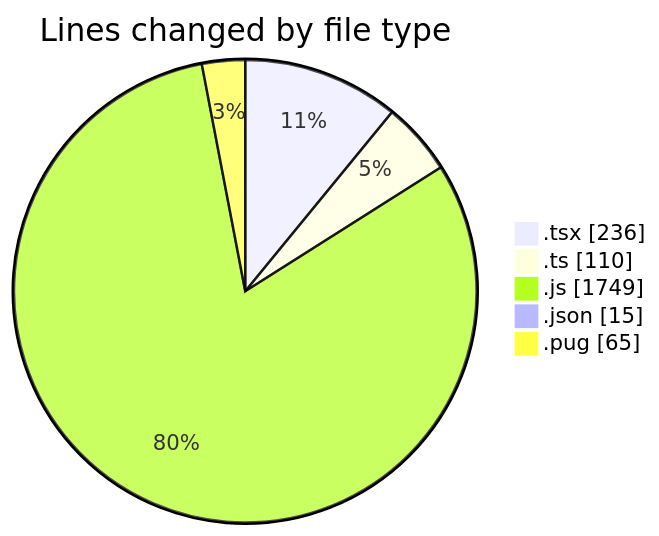
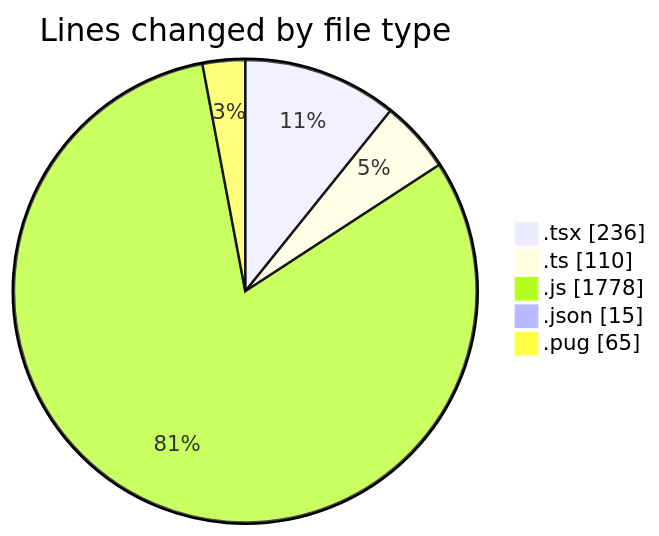
The first of 2 diagrams in 2025-03-24/cda/README.md (momahboobian/code-tracking), drawn with Mermaid before and after one commit. The commit also changed other lines of this file and 1 other file, not shown here.

````diff
--- a/2025-03-24/cda/README.md
+++ b/2025-03-24/cda/README.md
@@ -30,9 +30,9 @@
 ```mermaid
 pie showData
 title Lines changed by file type
 ".tsx" : 236
 ".ts" : 110
-".js" : 1749
+".js" : 1778
 ".json" : 15
 ".pug" : 65
 ```
````
